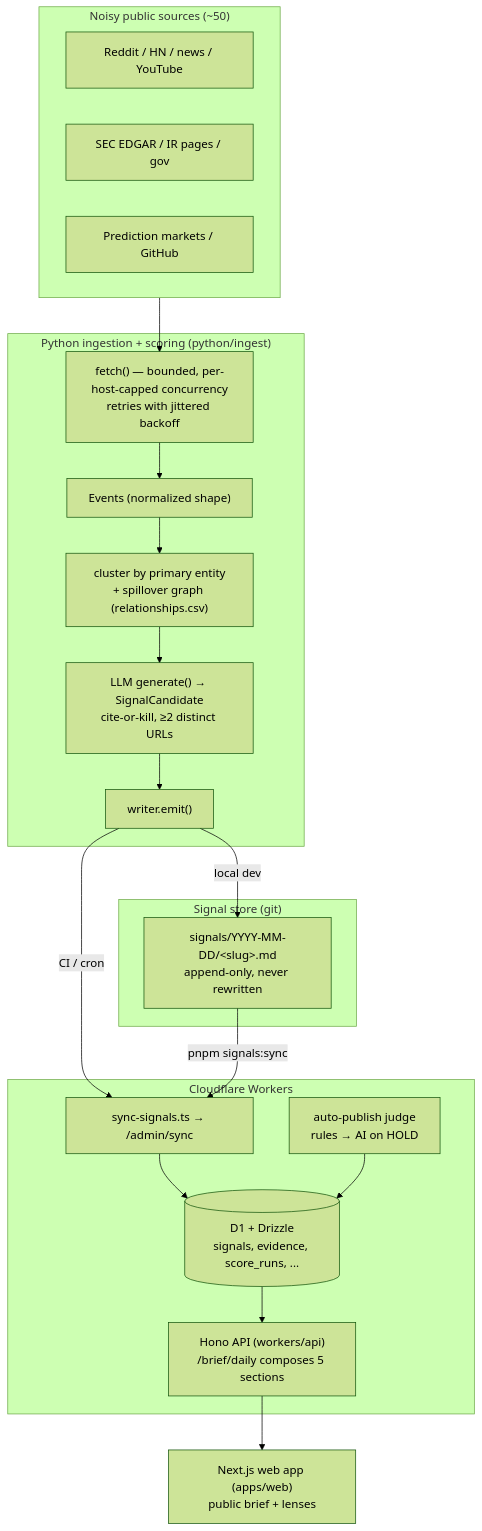
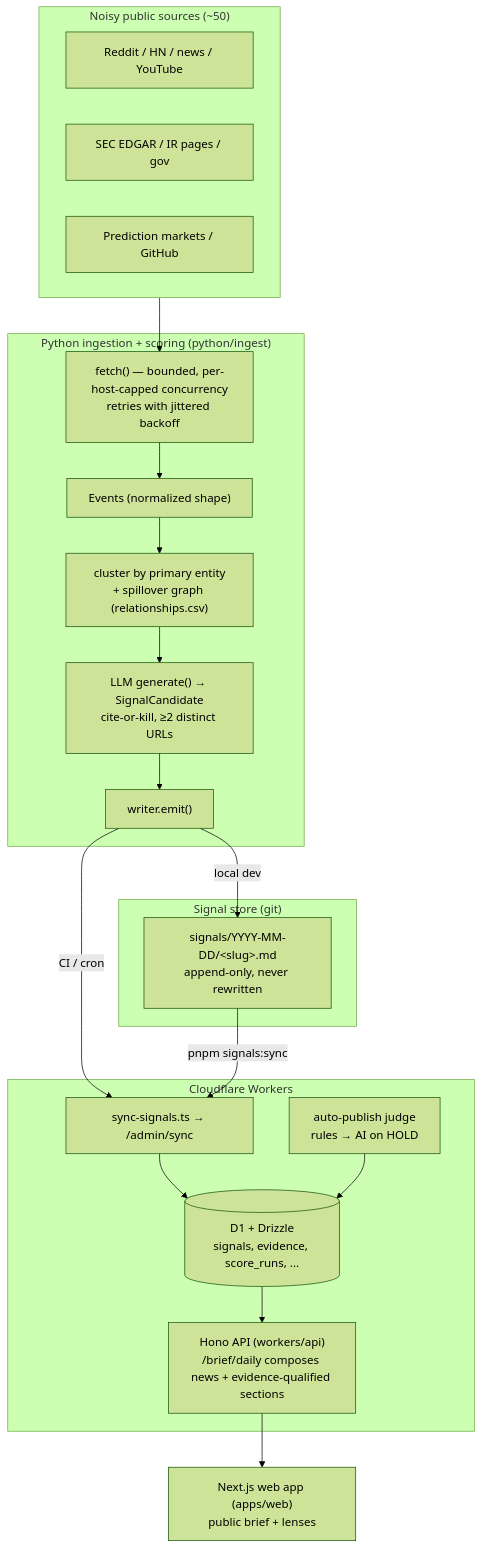
Before and after one commit to High-Signal-App/high-signal: the diagram in docs/architecture/how-it-works.md, drawn with Mermaid (forest theme). The commit also changed other lines of this file and 139 other files, not shown here.

````diff
--- a/docs/architecture/how-it-works.md
+++ b/docs/architecture/how-it-works.md
@@ -31,37 +31,37 @@
 ```mermaid
 flowchart TD
     subgraph SRC["Noisy public sources (~50)"]
         S1["Reddit / HN / news / YouTube"]
         S2["SEC EDGAR / IR pages / gov"]
         S3["Prediction markets / GitHub"]
     end
 
     subgraph PY["Python ingestion + scoring (python/ingest)"]
         F["fetch() — bounded, per-host-capped concurrency<br/>retries with jittered backoff"]
         E["Events (normalized shape)"]
         C["cluster by primary entity<br/>+ spillover graph (relationships.csv)"]
         G["LLM generate() → SignalCandidate<br/>cite-or-kill, ≥2 distinct URLs"]
         W["writer.emit()"]
     end
 
     subgraph STORE["Signal store (git)"]
         MD["signals/YYYY-MM-DD/&lt;slug&gt;.md<br/>append-only, never rewritten"]
     end
 
     subgraph CF["Cloudflare Workers"]
         SYNC["sync-signals.ts → /admin/sync"]
         D1[("D1 + Drizzle<br/>signals, evidence, score_runs, ...")]
         JUDGE["auto-publish judge<br/>rules → AI on HOLD"]
-        API["Hono API (workers/api)<br/>/brief/daily composes 5 sections"]
+        API["Hono API (workers/api)<br/>/brief/daily composes news + evidence-qualified sections"]
     end
 
     WEB["Next.js web app (apps/web)<br/>public brief + lenses"]
 
     SRC --> F --> E --> C --> G --> W
     W -->|local dev| MD
     W -->|CI / cron| SYNC
     MD -->|pnpm signals:sync| SYNC
     SYNC --> D1
     JUDGE --> D1
     D1 --> API --> WEB
 ```
````
